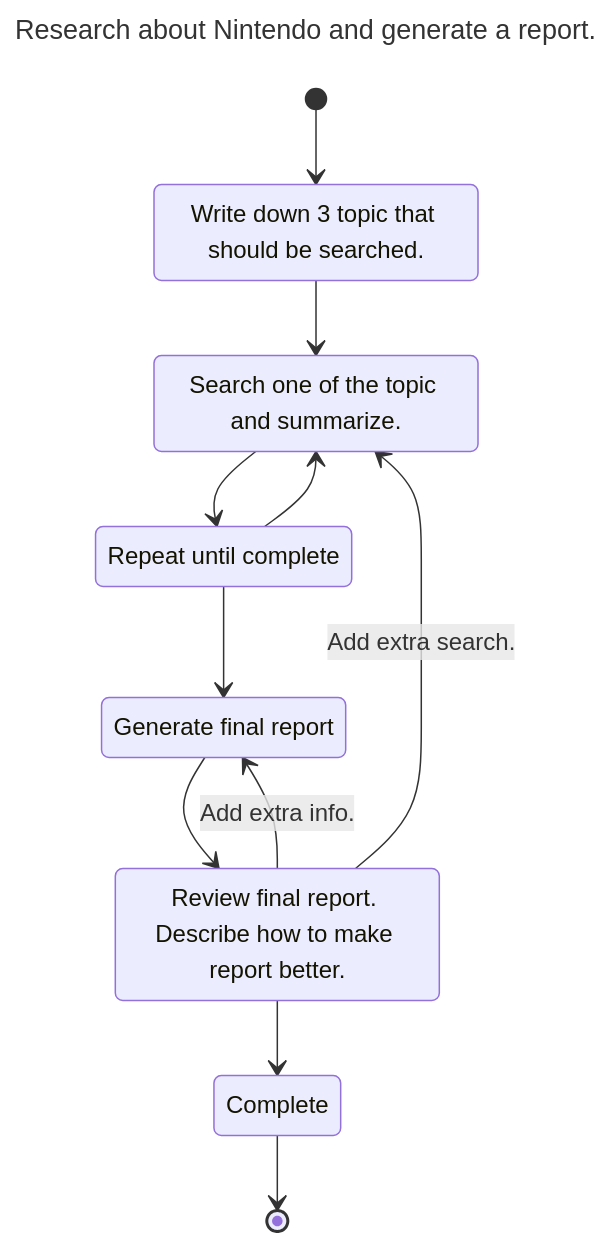
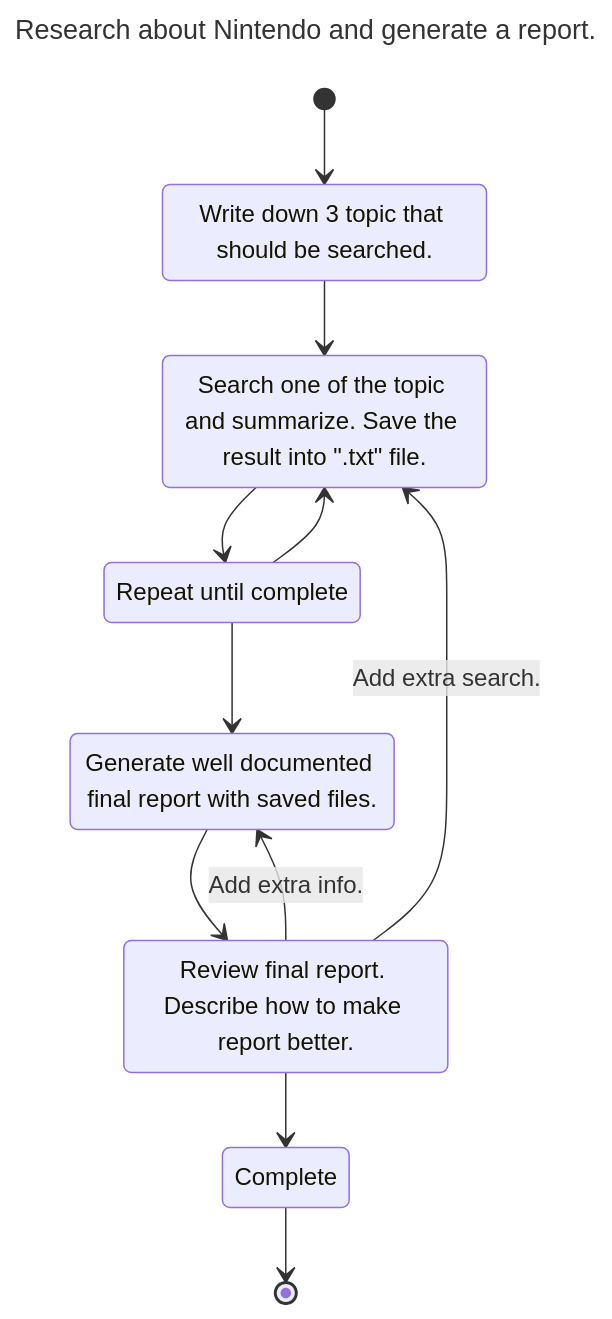
One commit to fladdict/llmermaid changed the first of 2 diagrams in README.md. Above: the diagram before and after it, drawn with Mermaid. The commit also changed other lines of this file, not shown here.

````diff
--- a/README.md
+++ b/README.md
@@ -36,23 +36,23 @@
 ```mermaid
 ---
 title: Research about Nintendo and generate a report.
 ---
 stateDiagram-v2
 [*] --> A
 A --> B
 B --> C
 C --> B
 C --> D
 D --> E
 E --> F
 E --> B : Add extra search.
 E --> D : Add extra info.
 F --> [*]
 
 A: Write down 3 topic that should be searched.
-B: Search one of the topic and summarize.
+B: Search one of the topic and summarize. Save the result into ".txt" file.
 C: Repeat until complete
-D: Generate final report
+D: Generate well documented final report with saved files.
 E: Review final report. Describe how to make report better.
 F: Complete
 ```
````
